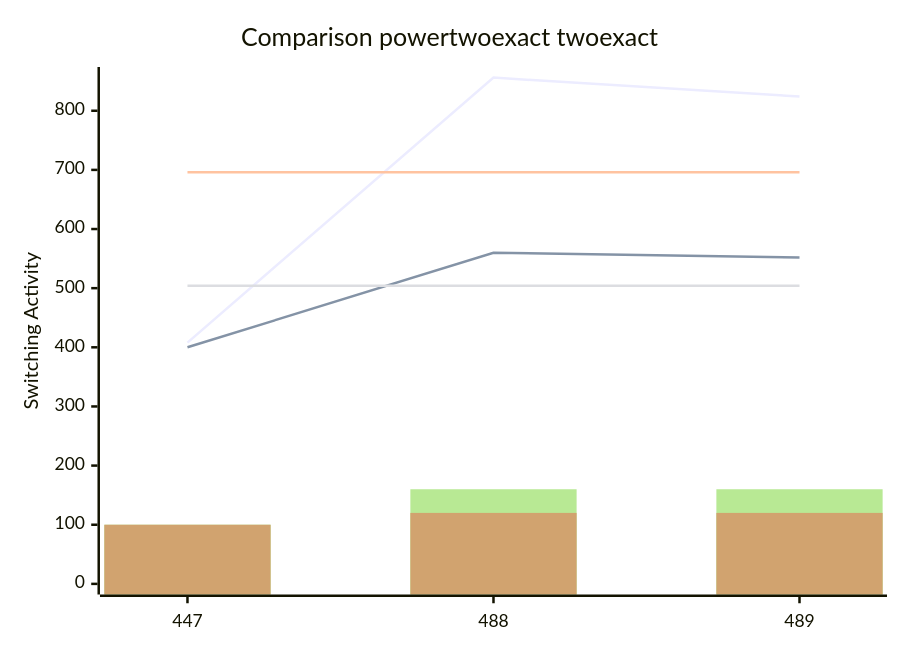
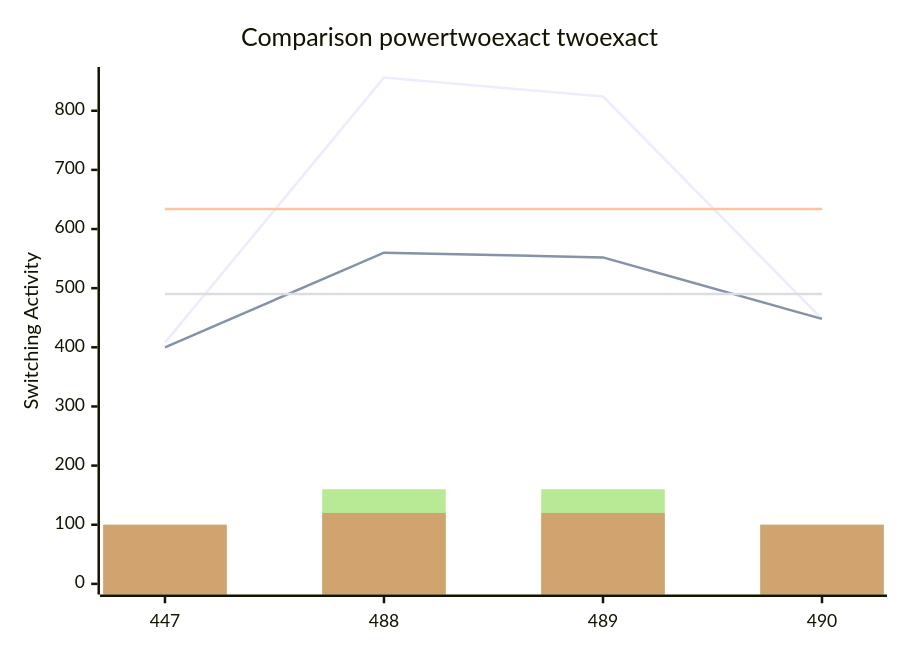
Before and after one commit to FeldmeierMichael/Exact-Power-Synthesis: the diagram in benchmark_opt2.md, drawn with Mermaid. The commit also changed other lines of this file, not shown here.

````diff
--- a/benchmark_opt2.md
+++ b/benchmark_opt2.md
@@ -7,12 +9,12 @@
 ```mermaid
 xychart-beta
     title "Comparison powertwoexact twoexact"
-    x-axis [447, 488, 489]
+    x-axis [447, 488, 489, 490]
     y-axis "Switching Activity" 0-->856
-    line [408, 856, 824]
-    line [400, 560, 552]
-    line [696.0, 696.0, 696.0]
-    line [504.0, 504.0, 504.0]
-    bar [100, 160, 160]
-    bar [100, 120, 120]
+    line [408, 856, 824, 448]
+    line [400, 560, 552, 448]
+    line [634.0, 634.0, 634.0, 634.0]
+    line [490.0, 490.0, 490.0, 490.0]
+    bar [100, 160, 160, 100]
+    bar [100, 120, 120, 100]
 ```
````
